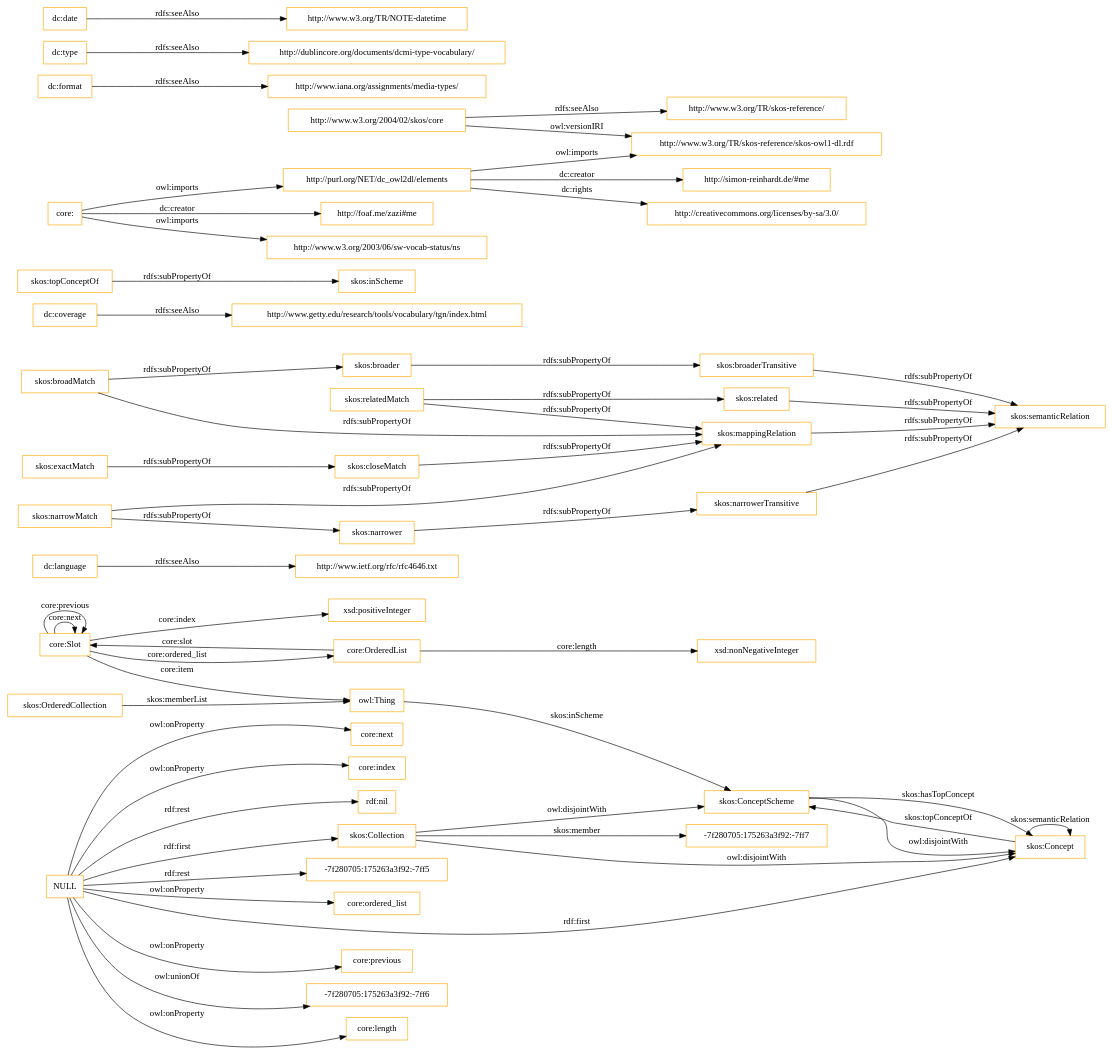
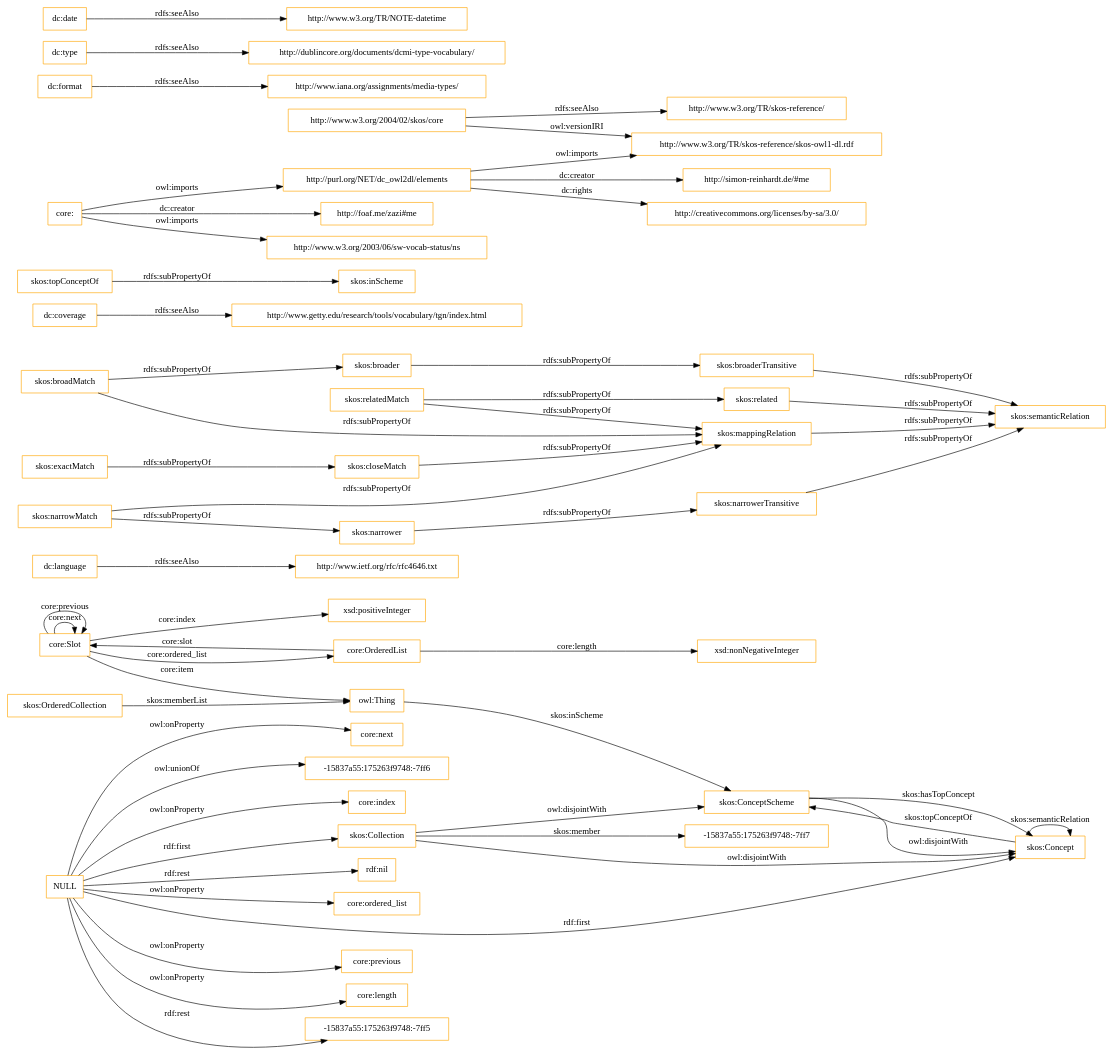
The diagram in OnToology/imports/core.owl/diagrams/ar2dtool-class/core.owl.png.dot (OnToologyUser/core-ontology-1), drawn with Graphviz before and after one commit. The commit also changed 14 other files, not shown here.

```diff
--- a/OnToology/imports/core.owl/diagrams/ar2dtool-class/core.owl.png.dot
+++ b/OnToology/imports/core.owl/diagrams/ar2dtool-class/core.owl.png.dot
@@ -1,60 +1,60 @@
 digraph ar2dtool_diagram { 
 rankdir=LR;
 size="1501"
-node [shape = rectangle, color="orange"]; "core:Slot" "core:OrderedList" "-7f280705:175263a3f92:-7ff7" "skos:OrderedCollection" "skos:Collection" "skos:ConceptScheme" "skos:Concept" ; /*classes style*/
+node [shape = rectangle, color="orange"]; "core:Slot" "core:OrderedList" "-15837a55:175263f9748:-7ff7" "skos:OrderedCollection" "skos:Collection" "skos:ConceptScheme" "skos:Concept" ; /*classes style*/
 	"dc:language" -> "http://www.ietf.org/rfc/rfc4646.txt" [ label = "rdfs:seeAlso" ];
 	"NULL" -> "core:previous" [ label = "owl:onProperty" ];
-	"NULL" -> "-7f280705:175263a3f92:-7ff6" [ label = "owl:unionOf" ];
 	"NULL" -> "core:length" [ label = "owl:onProperty" ];
 	"NULL" -> "skos:Concept" [ label = "rdf:first" ];
+	"NULL" -> "-15837a55:175263f9748:-7ff5" [ label = "rdf:rest" ];
 	"NULL" -> "core:next" [ label = "owl:onProperty" ];
+	"NULL" -> "-15837a55:175263f9748:-7ff6" [ label = "owl:unionOf" ];
 	"NULL" -> "core:index" [ label = "owl:onProperty" ];
 	"NULL" -> "rdf:nil" [ label = "rdf:rest" ];
-	"NULL" -> "-7f280705:175263a3f92:-7ff5" [ label = "rdf:rest" ];
 	"NULL" -> "core:ordered_list" [ label = "owl:onProperty" ];
 	"NULL" -> "skos:Collection" [ label = "rdf:first" ];
 	"skos:closeMatch" -> "skos:mappingRelation" [ label = "rdfs:subPropertyOf" ];
 	"dc:coverage" -> "http://www.getty.edu/research/tools/vocabulary/tgn/index.html" [ label = "rdfs:seeAlso" ];
 	"skos:relatedMatch" -> "skos:related" [ label = "rdfs:subPropertyOf" ];
 	"skos:relatedMatch" -> "skos:mappingRelation" [ label = "rdfs:subPropertyOf" ];
 	"skos:ConceptScheme" -> "skos:Concept" [ label = "owl:disjointWith" ];
 	"skos:related" -> "skos:semanticRelation" [ label = "rdfs:subPropertyOf" ];
 	"skos:topConceptOf" -> "skos:inScheme" [ label = "rdfs:subPropertyOf" ];
 	"skos:broadMatch" -> "skos:broader" [ label = "rdfs:subPropertyOf" ];
 	"skos:broadMatch" -> "skos:mappingRelation" [ label = "rdfs:subPropertyOf" ];
 	"http://purl.org/NET/dc_owl2dl/elements" -> "http://www.w3.org/TR/skos-reference/skos-owl1-dl.rdf" [ label = "owl:imports" ];
 	"http://purl.org/NET/dc_owl2dl/elements" -> "http://creativecommons.org/licenses/by-sa/3.0/" [ label = "dc:rights" ];
 	"http://purl.org/NET/dc_owl2dl/elements" -> "http://simon-reinhardt.de/#me" [ label = "dc:creator" ];
 	"skos:exactMatch" -> "skos:closeMatch" [ label = "rdfs:subPropertyOf" ];
 	"dc:format" -> "http://www.iana.org/assignments/media-types/" [ label = "rdfs:seeAlso" ];
 	"core:" -> "http://foaf.me/zazi#me" [ label = "dc:creator" ];
 	"core:" -> "http://www.w3.org/2003/06/sw-vocab-status/ns" [ label = "owl:imports" ];
 	"core:" -> "http://purl.org/NET/dc_owl2dl/elements" [ label = "owl:imports" ];
 	"skos:broaderTransitive" -> "skos:semanticRelation" [ label = "rdfs:subPropertyOf" ];
 	"skos:mappingRelation" -> "skos:semanticRelation" [ label = "rdfs:subPropertyOf" ];
 	"skos:broader" -> "skos:broaderTransitive" [ label = "rdfs:subPropertyOf" ];
 	"dc:type" -> "http://dublincore.org/documents/dcmi-type-vocabulary/" [ label = "rdfs:seeAlso" ];
 	"http://www.w3.org/2004/02/skos/core" -> "http://www.w3.org/TR/skos-reference/skos-owl1-dl.rdf" [ label = "owl:versionIRI" ];
 	"http://www.w3.org/2004/02/skos/core" -> "http://www.w3.org/TR/skos-reference/" [ label = "rdfs:seeAlso" ];
 	"skos:Collection" -> "skos:ConceptScheme" [ label = "owl:disjointWith" ];
 	"skos:Collection" -> "skos:Concept" [ label = "owl:disjointWith" ];
 	"skos:narrowMatch" -> "skos:narrower" [ label = "rdfs:subPropertyOf" ];
 	"skos:narrowMatch" -> "skos:mappingRelation" [ label = "rdfs:subPropertyOf" ];
 	"skos:narrower" -> "skos:narrowerTransitive" [ label = "rdfs:subPropertyOf" ];
 	"dc:date" -> "http://www.w3.org/TR/NOTE-datetime" [ label = "rdfs:seeAlso" ];
 	"skos:narrowerTransitive" -> "skos:semanticRelation" [ label = "rdfs:subPropertyOf" ];
 	"core:Slot" -> "xsd:positiveInteger" [ label = "core:index" ];
 	"skos:Concept" -> "skos:ConceptScheme" [ label = "skos:topConceptOf" ];
 	"core:Slot" -> "owl:Thing" [ label = "core:item" ];
 	"core:OrderedList" -> "xsd:nonNegativeInteger" [ label = "core:length" ];
 	"core:OrderedList" -> "core:Slot" [ label = "core:slot" ];
-	"skos:Collection" -> "-7f280705:175263a3f92:-7ff7" [ label = "skos:member" ];
+	"skos:Collection" -> "-15837a55:175263f9748:-7ff7" [ label = "skos:member" ];
 	"core:Slot" -> "core:Slot" [ label = "core:next" ];
 	"skos:ConceptScheme" -> "skos:Concept" [ label = "skos:hasTopConcept" ];
 	"owl:Thing" -> "skos:ConceptScheme" [ label = "skos:inScheme" ];
 	"core:Slot" -> "core:Slot" [ label = "core:previous" ];
 	"skos:OrderedCollection" -> "owl:Thing" [ label = "skos:memberList" ];
 	"skos:Concept" -> "skos:Concept" [ label = "skos:semanticRelation" ];
 	"core:Slot" -> "core:OrderedList" [ label = "core:ordered_list" ];
 
 }
```
